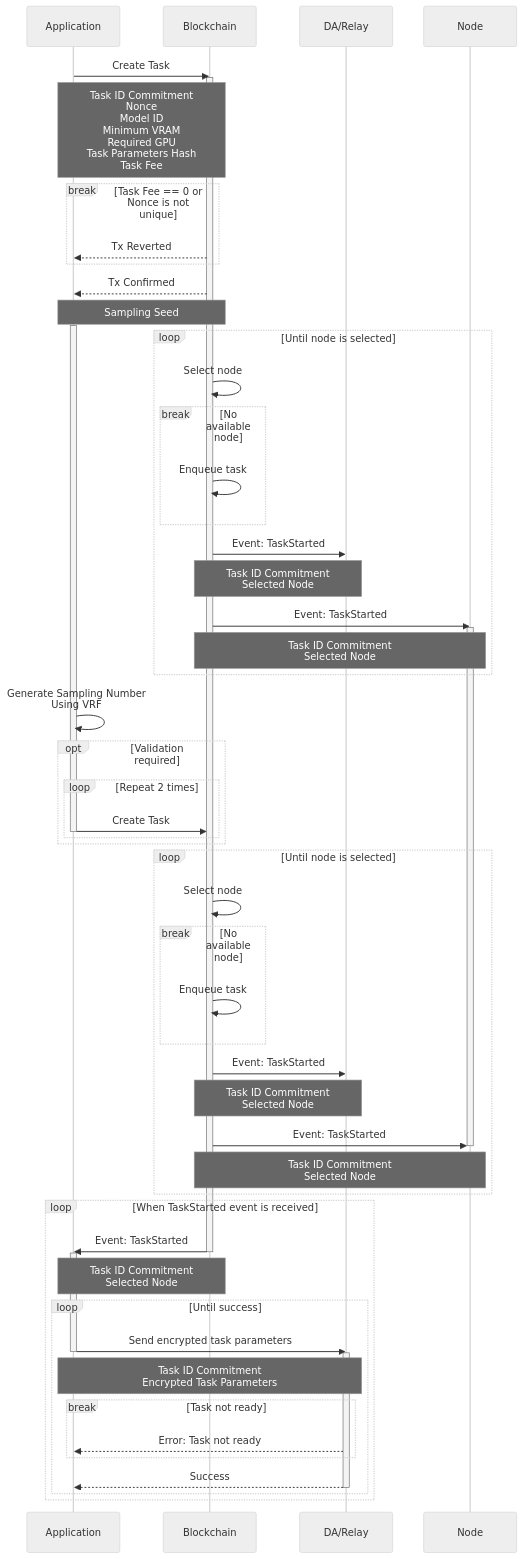
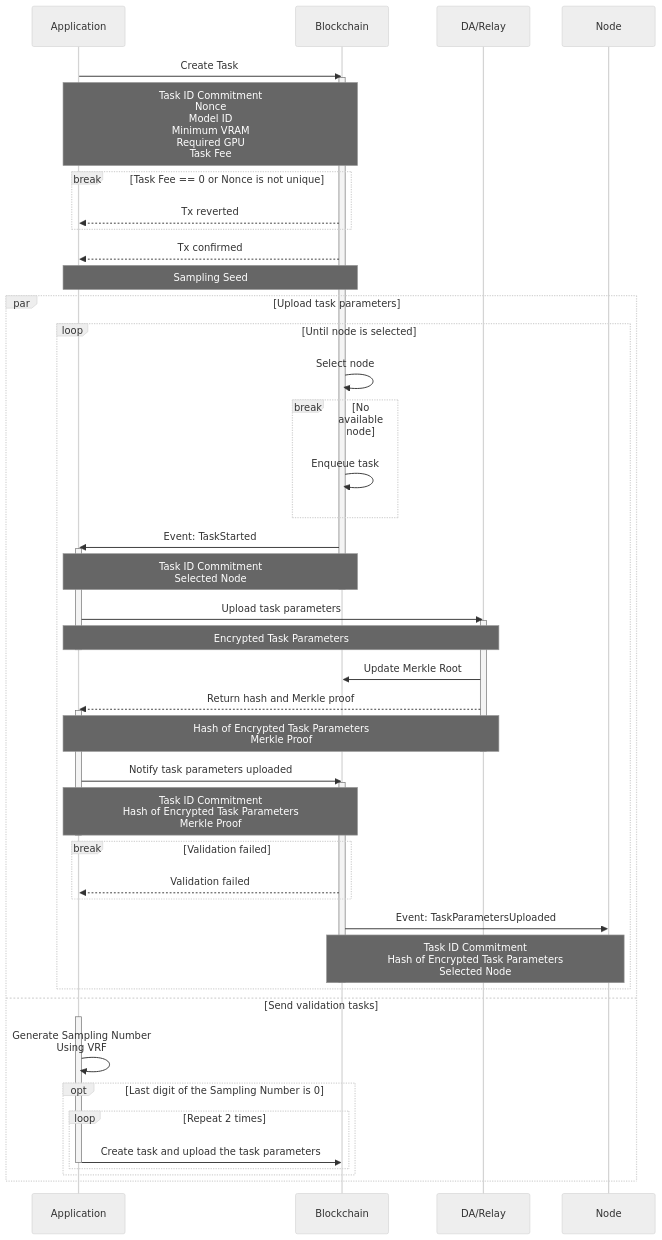
One commit to crynux-ai/documentation changed the first of 4 diagrams in gitbook/system-design/task-lifecycle.md. Above: the diagram before and after it, drawn with Mermaid (neutral theme). The commit also changed other lines of this file, not shown here.

Commit message:
GITBOOK-278: No subject

````diff
--- a/gitbook/system-design/task-lifecycle.md
+++ b/gitbook/system-design/task-lifecycle.md
@@ -17,78 +17,63 @@
 ```mermaid
 sequenceDiagram
     Participant A as Application
     Participant B as Blockchain
     Participant R as DA/Relay
     Participant N as Node
 
     A ->> B: Create Task
     activate B
-    Note over A,B: Task ID Commitment<br/>Nonce<br/>Model ID<br/>Minimum VRAM<br/>Required GPU<br/>Task Parameters Hash<br/>Task Fee
+    Note over A,B: Task ID Commitment<br/>Nonce<br/>Model ID<br/>Minimum VRAM<br/>Required GPU<br/>Task Fee
 
     break Task Fee == 0 or Nonce is not unique
-        B -->> A: Tx Reverted
+        B -->> A: Tx reverted
     end
     
-    B -->> A: Tx Confirmed
+    B -->> A: Tx confirmed
     Note over A,B: Sampling Seed
-    activate A
-    
-    loop Until node is selected
-        B ->> B: Select node
-        break No available node
-            B ->> B: Enqueue task
+
+    par Upload task parameters
+
+        loop Until node is selected
+            B ->> B: Select node
+            
+            break No available node
+                B ->> B: Enqueue task
+            end
+
+            B ->> A: Event: TaskStarted
+            activate A
+            Note over A,B: Task ID Commitment<br />Selected Node
+            deactivate B
+            A ->> R: Upload task parameters
+            activate R
+            note over A,R: Encrypted Task Parameters
+            deactivate A
+            R ->> B: Update Merkle Root
+            R -->> A: Return hash and Merkle proof
+            activate A
+            note over A,R: Hash of Encrypted Task Parameters<br/>Merkle Proof
+            deactivate R
+            A ->> B: Notify task parameters uploaded
+            activate B
+            note over A,B: Task ID Commitment<br/>Hash of Encrypted Task Parameters<br/>Merkle Proof
+            deactivate A
+            break Validation failed
+                B -->> A: Validation failed
+            end
+            B ->> N: Event: TaskParametersUploaded
+            note over B,N: Task ID Commitment<br/>Hash of Encrypted Task Parameters<br/>Selected Node
+            deactivate B
         end
 
-        B ->> R: Event: TaskStarted
-        Note over B,R: Task ID Commitment<br />Selected Node
-
-        B ->> N: Event: TaskStarted
-        activate N
-        Note over B,N: Task ID Commitment<br />Selected Node
-    end
-
-    
-    A ->> A: Generate Sampling Number<br/>Using VRF
-    opt Validation required
-        loop Repeat 2 times
-            A ->> B: Create Task
-            deactivate A
-        end
-    end
-
-    loop Until node is selected
-        B ->> B: Select node
-        break No available node
-            B ->> B: Enqueue task
-        end
-
-        B ->> R: Event: TaskStarted
-        Note over B,R: Task ID Commitment<br />Selected Node
-
-        B ->> N: Event: TaskStarted
-        deactivate N
-        Note over B,N: Task ID Commitment<br />Selected Node
-        
-    end
-
-    loop When TaskStarted event is received
-        B ->> A: Event: TaskStarted
-        deactivate B
+    and Send validation tasks
         activate A
-        Note over A,B: Task ID Commitment<br/>Selected Node
-        
-        loop Until success
-            
-            A ->> R: Send encrypted task parameters
-            deactivate A
-            activate R
-            Note over A,R: Task ID Commitment<br/>Encrypted Task Parameters
-            
-            break Task not ready
-                R -->> A: Error: Task not ready
+        A ->> A: Generate Sampling Number<br/>Using VRF
+        opt Last digit of the Sampling Number is 0
+            loop Repeat 2 times
+                A ->> B: Create task and upload the task parameters
+                deactivate A
             end
-            R -->> A: Success
-            deactivate R
-        end
+        end    
     end
 ```
````
